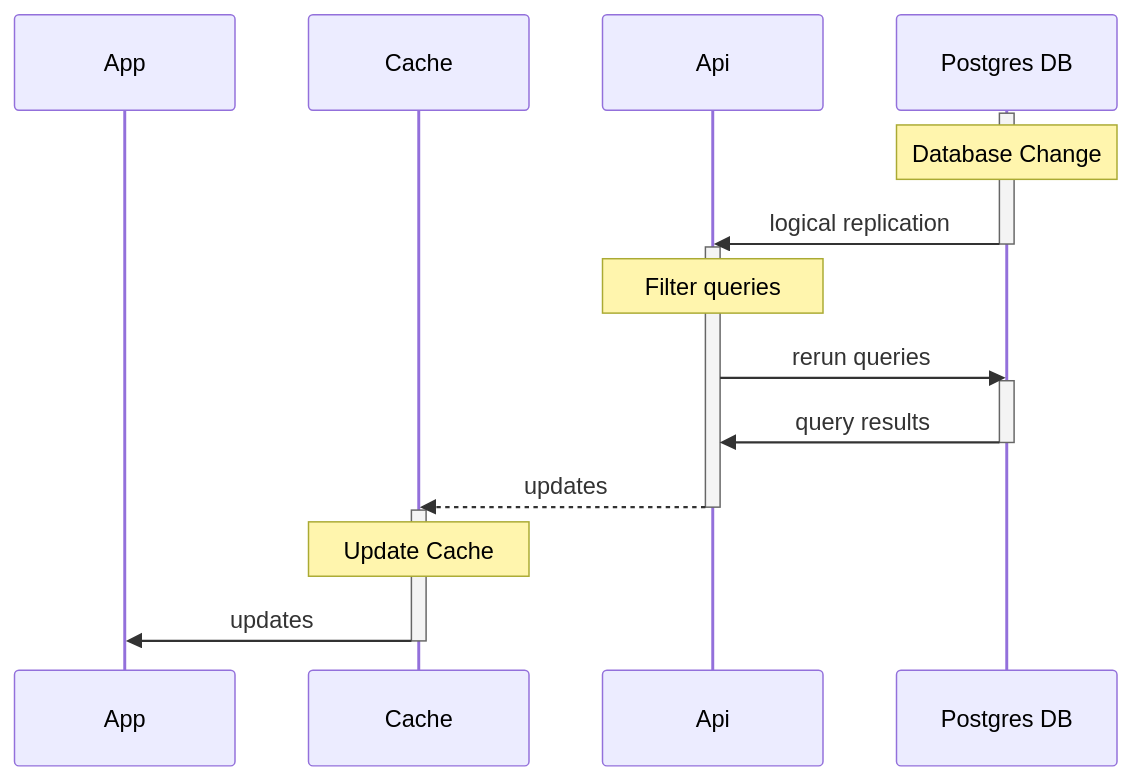
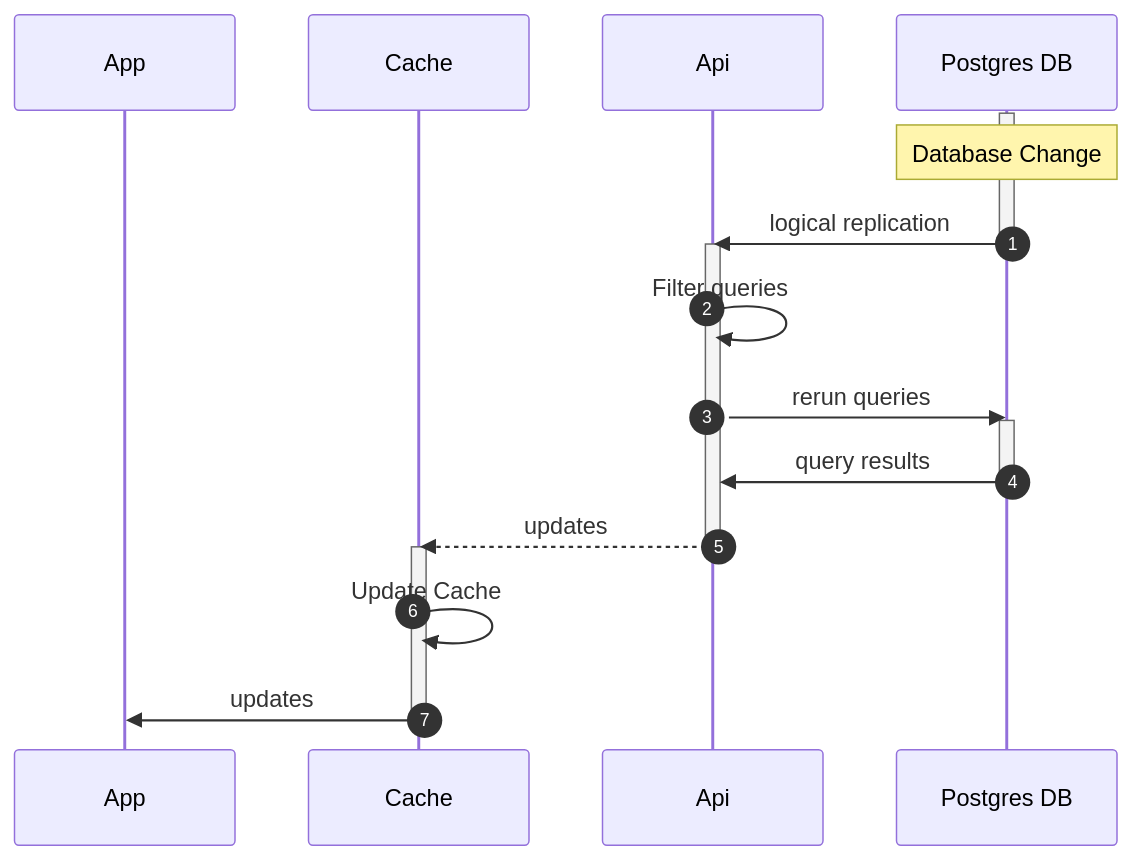
The fourth of 4 diagrams in docs/internal-overview.md (lightningdatabase/lightningdb), drawn with Mermaid before and after one commit. The commit also changed other lines of this file and 5 other files, not shown here.

````diff
--- a/docs/internal-overview.md
+++ b/docs/internal-overview.md
@@ -48,24 +94,25 @@
 ```mermaid
   sequenceDiagram
+    autonumber
     participant App
     participant Cache
     participant Api
     participant Db AS Postgres DB
 
     activate Db
     note over Db: Database Change
     Db->>Api: logical replication
     deactivate Db
     activate Api
-    note over Api: Filter queries
+    Api->>Api: Filter queries
     Api->>Db: rerun queries
     activate Db
     Db->>Api: query results
     deactivate Db
     Api-->>Cache: updates
     deactivate Api
     activate Cache
-    note over Cache: Update Cache
+    Cache->>Cache: Update Cache
     Cache->>App: updates
     deactivate Cache
 ```
````
